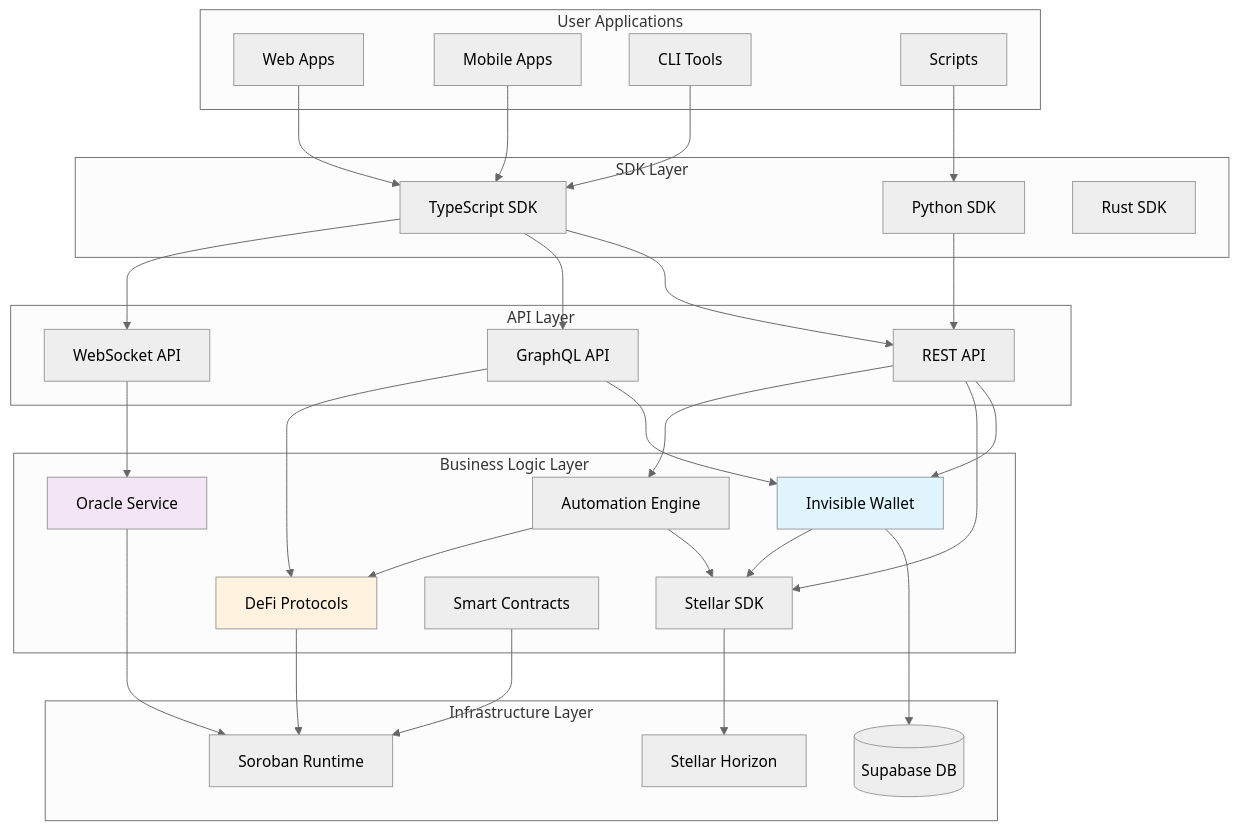
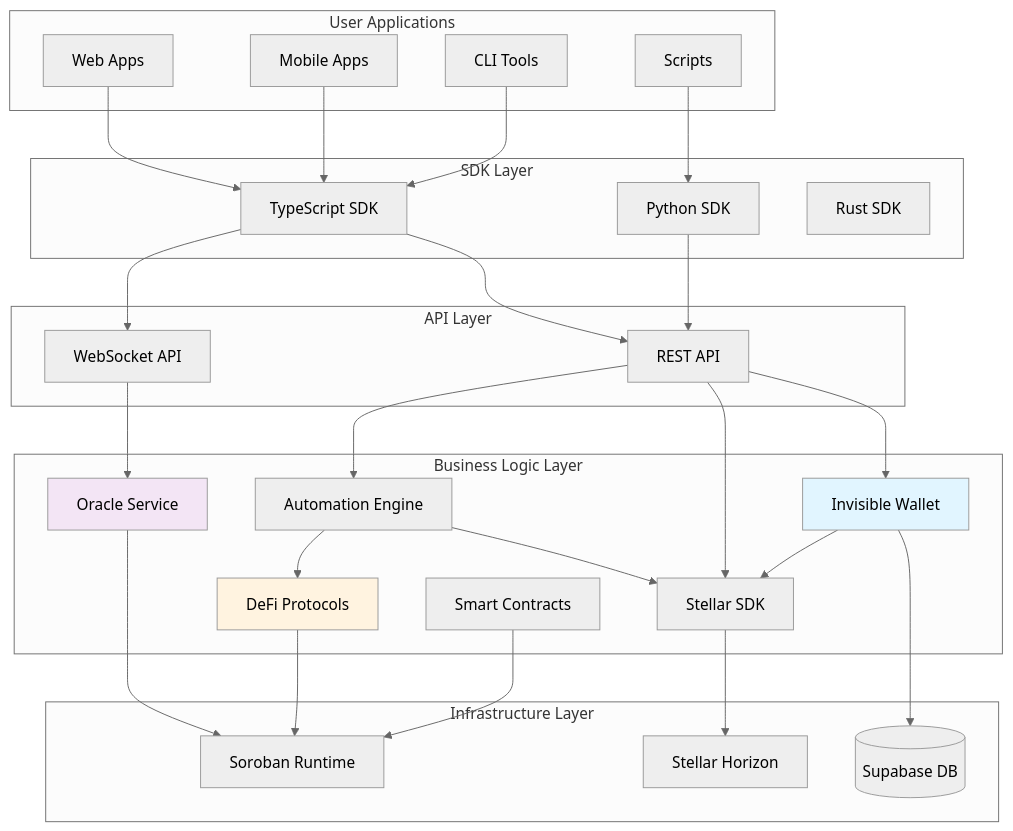
The first of 54 diagrams in docs/ARCHITECTURE.md (Galaxy-KJ/Galaxy-DevKit), drawn with Mermaid (neutral theme) before and after one commit. The commit also changed other lines of this file and 14 other files, not shown here.

Commit message:
docs: withdraw unimplemented GraphQL package

````diff
--- a/docs/ARCHITECTURE.md
+++ b/docs/ARCHITECTURE.md
@@ -22,66 +22,62 @@
 ```mermaid
 graph TB
     subgraph "User Applications"
         WebApp[Web Apps]
         MobileApp[Mobile Apps]
         CLI[CLI Tools]
         Scripts[Scripts]
     end
 
     subgraph "SDK Layer"
         TSSDK[TypeScript SDK]
         PySdk[Python SDK]
         RustSdk[Rust SDK]
     end
 
     subgraph "API Layer"
         REST[REST API]
-        GraphQL[GraphQL API]
         WS[WebSocket API]
     end
 
     subgraph "Business Logic Layer"
         IW[Invisible Wallet]
         SS[Stellar SDK]
         AE[Automation Engine]
         DP[DeFi Protocols]
         OS[Oracle Service]
         SC[Smart Contracts]
     end
 
     subgraph "Infrastructure Layer"
         Supabase[(Supabase DB)]
         Horizon[Stellar Horizon]
         Soroban[Soroban Runtime]
     end
 
     WebApp --> TSSDK
     MobileApp --> TSSDK
     CLI --> TSSDK
     Scripts --> PySdk
 
     TSSDK --> REST
-    TSSDK --> GraphQL
     TSSDK --> WS
     PySdk --> REST
 
     REST --> IW
     REST --> SS
     REST --> AE
-    GraphQL --> IW
-    GraphQL --> DP
     WS --> OS
 
     IW --> Supabase
     IW --> SS
     SS --> Horizon
     AE --> SS
     AE --> DP
     DP --> Soroban
     OS --> Soroban
     SC --> Soroban
 
     style IW fill:#e1f5ff
     style DP fill:#fff3e0
     style OS fill:#f3e5f5
 ```
````
